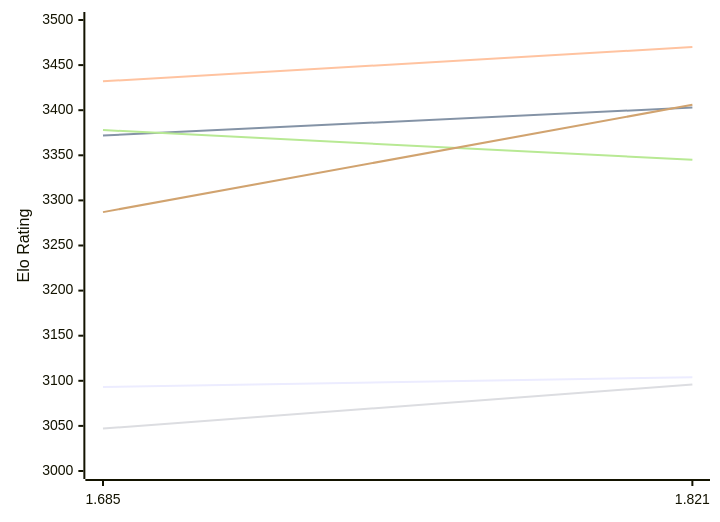
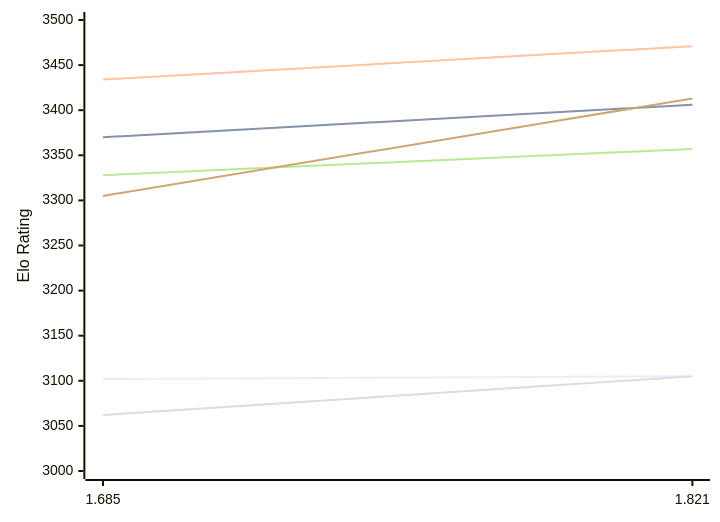
Before and after one commit to computer-chess-index/cci: the first of 2 diagrams in engines/Malika.md, drawn with Mermaid. The commit also changed other lines of this file, not shown here.

Commit message:
Update CCI Ratings (ELO VLTC) - 2026-11-25

````diff
--- a/engines/Malika.md
+++ b/engines/Malika.md
@@ -54,12 +54,12 @@
 ```mermaid
 %%{init: {"theme":"base","themeVariables":{"seriesColors:['#a3a3a3','#222221','#faa371']}}}%%
 xychart-beta
   x-axis ["1.685", "1.821"]
   y-axis "Elo Rating" 3000 --> 3500
-  line "E1: STC (8.0+0.08s)" [3093, 3104]
-  line "E1: LTC (60.0+0.60s)" [3372, 3403]
-  line "E1: VLTC (2m24s+1.12s)" [3432, 3470]
-  line "P1: STC (8.0+0.08s)" [3047, 3096]
-  line "P1: LTC (60.0+0.60s)" [3378, 3345]
-  line "P1: VLTC (2m24s+1.12s)" [3287, 3406]
+  line "E1: STC (8.0+0.08s)" [3102, 3105]
+  line "E1: LTC (60.0+0.60s)" [3370, 3406]
+  line "E1: VLTC (2m24s+1.12s)" [3434, 3471]
+  line "P1: STC (8.0+0.08s)" [3062, 3105]
+  line "P1: LTC (60.0+0.60s)" [3328, 3357]
+  line "P1: VLTC (2m24s+1.12s)" [3305, 3413]
 ```
````
